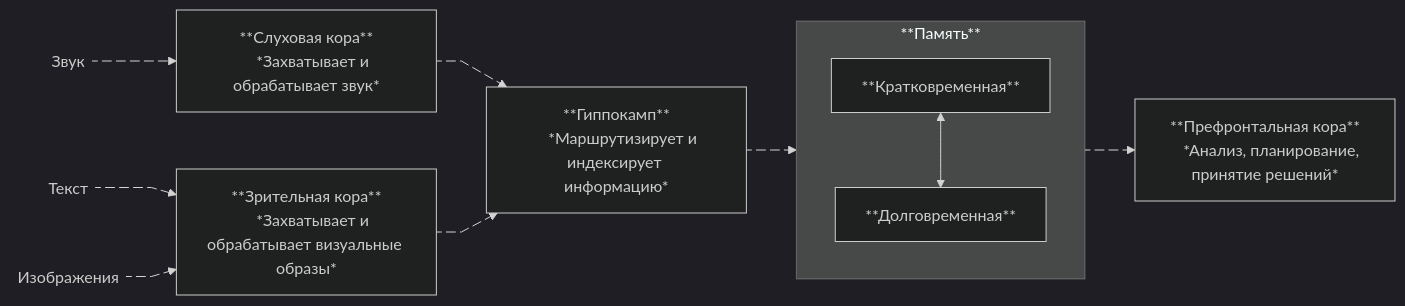
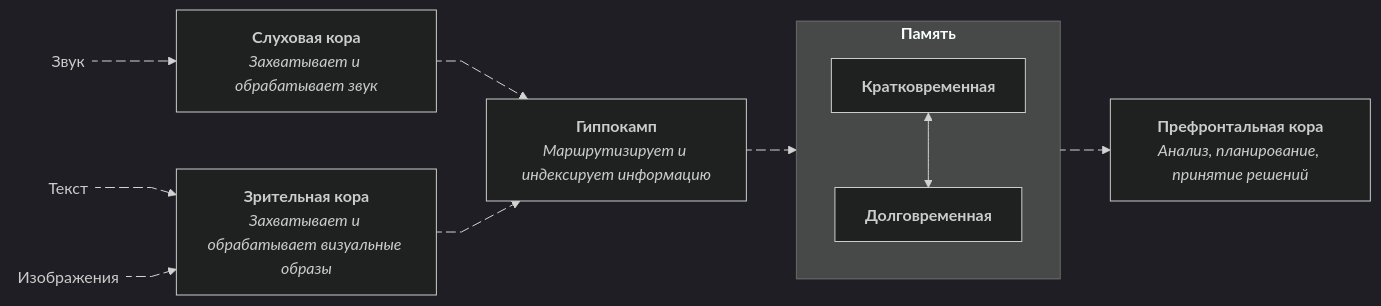
The first of 2 diagrams in content/ru/blog/second-brain.md (zavarovkv/zavarov.com), drawn with Mermaid (dark theme) before and after one commit. The commit also changed other lines of this file and 16 other files, not shown here.

Commit message:
Enable wide article media and fix Mermaid labels

```diff
--- a/content/ru/blog/second-brain.md
+++ b/content/ru/blog/second-brain.md
@@ -15,29 +15,29 @@
-{{< mermaid >}}
+{{< mermaid wide=true caption="Элементы структуры мозга" >}}
 graph LR
     S@{ shape: text, label: "Звук" }
     T@{ shape: text, label: "Текст" }
     I@{ shape: text, label: "Изображения" }
-    S e1@--> A[**Слуховая кора**
-    *Захватывает и обрабатывает звук*]
-    T e2@--> B[**Зрительная кора**
-    *Захватывает и обрабатывает визуальные образы*]
+    S e1@--> A["`**Слуховая кора**
+    *Захватывает и обрабатывает звук*`"]
+    T e2@--> B["`**Зрительная кора**
+    *Захватывает и обрабатывает визуальные образы*`"]
     I e3@--> B
-    A e4@--> C[**Гиппокамп**
-    *Маршрутизирует и индексирует информацию*]
+    A e4@--> C["`**Гиппокамп**
+    *Маршрутизирует и индексирует информацию*`"]
     B e5@--> C
     C e6@--> mem
-    mem e7@--> F[**Префронтальная кора**
-    *Анализ, планирование, принятие решений*]
+    mem e7@--> F["`**Префронтальная кора**
+    *Анализ, планирование, принятие решений*`"]
     e1@{ animate: true, curve: linear }
     e2@{ animate: true, curve: linear }
     e3@{ animate: true, curve: linear }
     e4@{ animate: true, curve: linear }
     e5@{ animate: true, curve: linear }
     e6@{ animate: true, curve: linear }
     e7@{ animate: true, curve: linear }
 
-    subgraph mem[**Память**]
+    subgraph mem["`**Память**`"]
         direction TB
-        short[**Кратковременная**] <--> long[**Долговременная**]
+        short["`**Кратковременная**`"] <--> long["`**Долговременная**`"]
     end
 {{< /mermaid >}}
```
